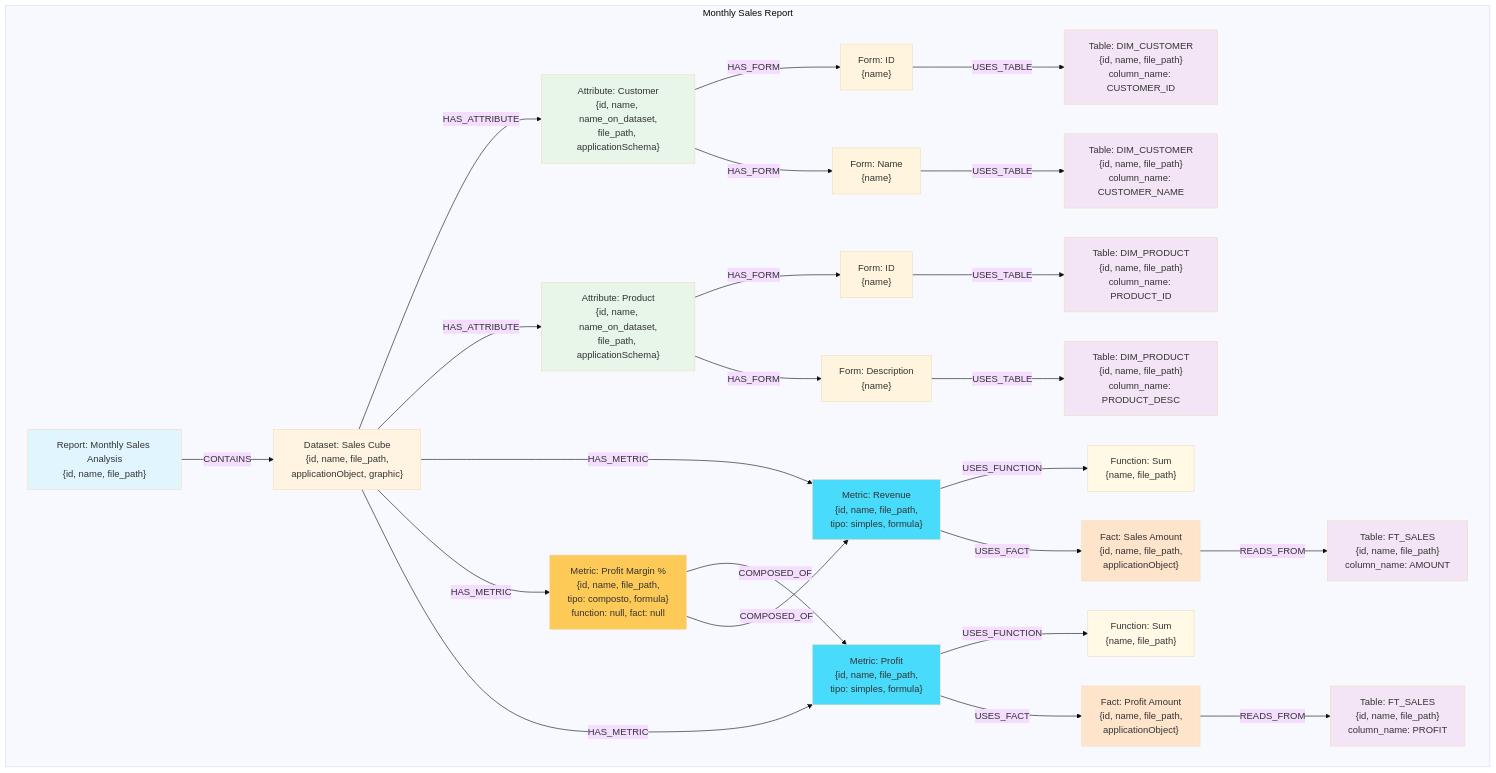
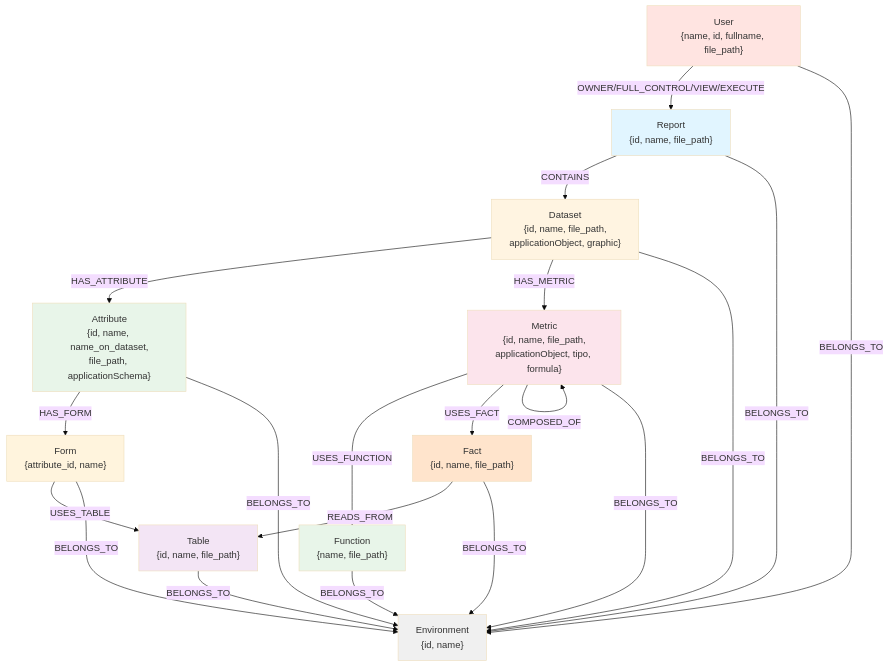
One commit to gabrielbav/msrt-html-extractor changed the second of 2 diagrams in README.md. Above: the diagram before and after it, drawn with Mermaid (base theme). The commit also changed other lines of this file, not shown here.

````diff
--- a/README.md
+++ b/README.md
@@ -667,82 +442,47 @@
 ```mermaid
 graph TD
-    subgraph "Monthly Sales Report"
-        R1["Report: Monthly Sales Analysis<br/>{id, name, file_path}"]
-        DS1["Dataset: Sales Cube<br/>{id, name, file_path,<br/>applicationObject, graphic}"]
-        
-        R1 -->|CONTAINS| DS1
-        
-        A1["Attribute: Customer<br/>{id, name, name_on_dataset,<br/>file_path, applicationSchema}"]
-        A2["Attribute: Product<br/>{id, name, name_on_dataset,<br/>file_path, applicationSchema}"]
-        
-        DS1 -->|HAS_ATTRIBUTE| A1
-        DS1 -->|HAS_ATTRIBUTE| A2
-        
-        F1["Form: ID<br/>{name}"]
-        F2["Form: Name<br/>{name}"]
-        F3["Form: ID<br/>{name}"]
-        F4["Form: Description<br/>{name}"]
-        
-        A1 -->|HAS_FORM| F1
-        A1 -->|HAS_FORM| F2
-        A2 -->|HAS_FORM| F3
-        A2 -->|HAS_FORM| F4
-        
-        T1["Table: DIM_CUSTOMER<br/>{id, name, file_path}<br/>column_name: CUSTOMER_ID"]
-        T2["Table: DIM_CUSTOMER<br/>{id, name, file_path}<br/>column_name: CUSTOMER_NAME"]
-        T3["Table: DIM_PRODUCT<br/>{id, name, file_path}<br/>column_name: PRODUCT_ID"]
-        T4["Table: DIM_PRODUCT<br/>{id, name, file_path}<br/>column_name: PRODUCT_DESC"]
-        
-        F1 -->|USES_TABLE| T1
-        F2 -->|USES_TABLE| T2
-        F3 -->|USES_TABLE| T3
-        F4 -->|USES_TABLE| T4
-        
-        M1["Metric: Revenue<br/>{id, name, file_path,<br/>tipo: simples, formula}"]
-        M2["Metric: Profit Margin %<br/>{id, name, file_path,<br/>tipo: composto, formula}<br/>function: null, fact: null"]
-        M3["Metric: Profit<br/>{id, name, file_path,<br/>tipo: simples, formula}"]
-        
-        DS1 -->|HAS_METRIC| M1
-        DS1 -->|HAS_METRIC| M2
-        DS1 -->|HAS_METRIC| M3
-        
-        M2 -->|COMPOSED_OF| M3
-        M2 -->|COMPOSED_OF| M1
-        
-        Func1["Function: Sum<br/>{name, file_path}"]
-        Func2["Function: Sum<br/>{name, file_path}"]
-        
-        M1 -->|USES_FUNCTION| Func1
-        M3 -->|USES_FUNCTION| Func2
-        
-        Fact1["Fact: Sales Amount<br/>{id, name, file_path,<br/>applicationObject}"]
-        Fact2["Fact: Profit Amount<br/>{id, name, file_path,<br/>applicationObject}"]
-        
-        M1 -->|USES_FACT| Fact1
-        M3 -->|USES_FACT| Fact2
-        
-        T5["Table: FT_SALES<br/>{id, name, file_path}<br/>column_name: AMOUNT"]
-        T6["Table: FT_SALES<br/>{id, name, file_path}<br/>column_name: PROFIT"]
-        
-        Fact1 -->|READS_FROM| T5
-        Fact2 -->|READS_FROM| T6
-    end
+    Environment["Environment<br/>{id, name}"]
+    Report["Report<br/>{id, name, file_path}"]
+    Dataset["Dataset<br/>{id, name, file_path,<br/>applicationObject, graphic}"]
+    Attribute["Attribute<br/>{id, name, name_on_dataset,<br/>file_path, applicationSchema}"]
+    Form["Form<br/>{attribute_id, name}"]
+    Table["Table<br/>{id, name, file_path}"]
+    Metric["Metric<br/>{id, name, file_path,<br/>applicationObject, tipo, formula}"]
+    Function["Function<br/>{name, file_path}"]
+    Fact["Fact<br/>{id, name, file_path}"]
+    User["User<br/>{name, id, fullname, file_path}"]
     
-    style R1 fill:#e1f5ff
-    style DS1 fill:#fff4e1
-    style A1 fill:#e8f5e9
-    style A2 fill:#e8f5e9
-    style M1 fill:#48dbfb
-    style M2 fill:#feca57
-    style M3 fill:#48dbfb
-    style Func1 fill:#fff9e6
-    style Func2 fill:#fff9e6
-    style Fact1 fill:#ffe4cc
-    style Fact2 fill:#ffe4cc
-    style T1 fill:#f3e5f5
-    style T2 fill:#f3e5f5
-    style T3 fill:#f3e5f5
-    style T4 fill:#f3e5f5
-    style T5 fill:#f3e5f5
-    style T6 fill:#f3e5f5
+    Report -->|CONTAINS| Dataset
+    Dataset -->|HAS_ATTRIBUTE| Attribute
+    Dataset -->|HAS_METRIC| Metric
+    Attribute -->|HAS_FORM| Form
+    Form -->|USES_TABLE| Table
+    
+    Metric -->|USES_FUNCTION| Function
+    Metric -->|USES_FACT| Fact
+    Metric -->|COMPOSED_OF| Metric
+    
+    Fact -->|READS_FROM| Table
+    
+    User -->|OWNER/FULL_CONTROL/VIEW/EXECUTE| Report
+    
+    Report -->|BELONGS_TO| Environment
+    Dataset -->|BELONGS_TO| Environment
+    Attribute -->|BELONGS_TO| Environment
+    Metric -->|BELONGS_TO| Environment
+    Fact -->|BELONGS_TO| Environment
+    Function -->|BELONGS_TO| Environment
+    Table -->|BELONGS_TO| Environment
+    Form -->|BELONGS_TO| Environment
+    User -->|BELONGS_TO| Environment
+    
+    style Report fill:#e1f5ff
+    style Dataset fill:#fff4e1
+    style Attribute fill:#e8f5e9
+    style Metric fill:#fce4ec
+    style Fact fill:#ffe4cc
+    style Function fill:#e8f5e9
+    style Table fill:#f3e5f5
+    style User fill:#ffe4e1
+    style Environment fill:#f0f0f0
 ```
````
